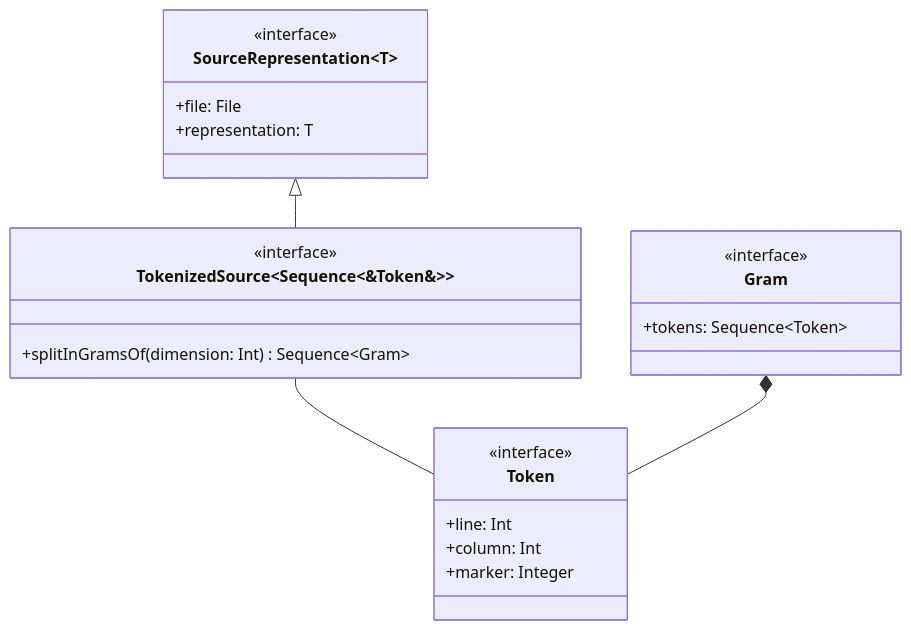
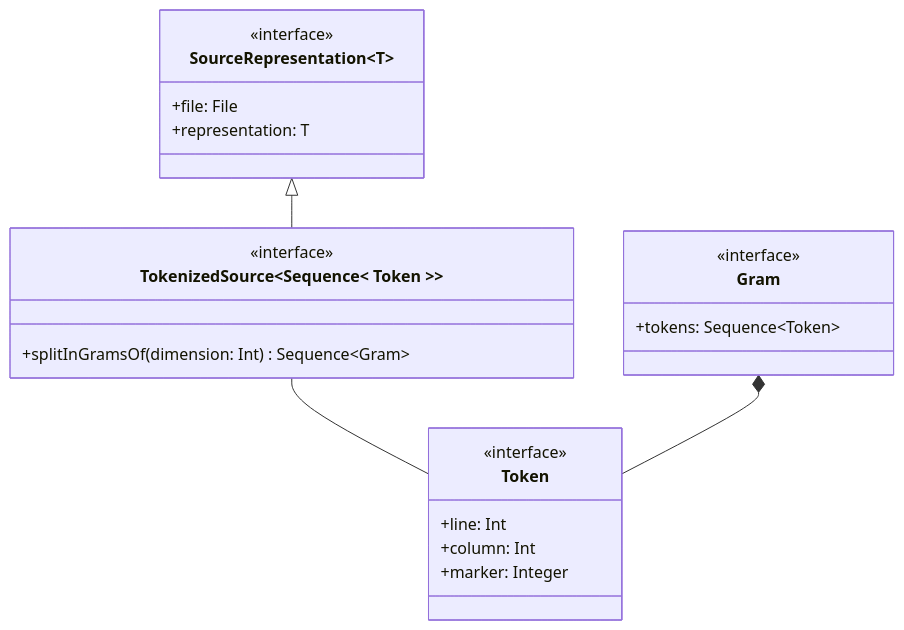
One commit to tassiLuca/code-plagiarism-detector-doc changed the ninth of 12 diagrams in doc.md. Above: the diagram before and after it, drawn with Mermaid. The commit also changed other lines of this file, not shown here.

Commit message:
adjusted nested generic

````diff
--- a/doc.md
+++ b/doc.md
@@ -345,28 +345,28 @@
 ```mermaid
 classDiagram
     direction BT
     class SourceRepresentation~T~ {
         <<interface>>
         +file: File
         +representation: T
     }
-    class TokenizedSource~Sequence<&#8203;Token&#8203;>~ {
+    class TokenizedSource~Sequence< Token >~ {
         <<interface>>
         +splitInGramsOf(dimension: Int) Sequence~Gram~
     }
     TokenizedSource --|> SourceRepresentation
 
     class Token {
         <<interface>>
         +line: Int
         +column: Int
         +marker: Integer
     }
     Token -- TokenizedSource
 
     class Gram {
         <<interface>>
         +tokens: Sequence~Token~
     }
     Token --* Gram
 ```
````
